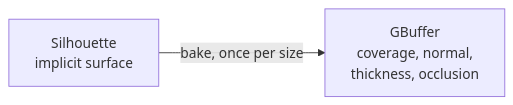
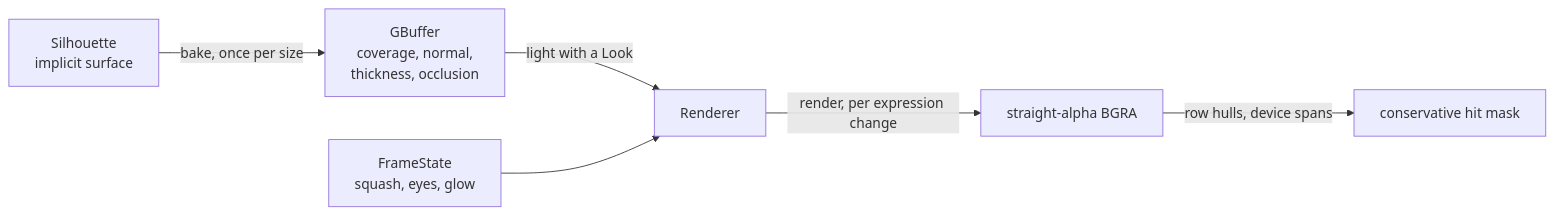
The diagram in docs/development/kumo.md (labcoder/capsula), drawn with Mermaid before and after one commit. The commit also changed other lines of this file and 7 other files, not shown here.

````diff
--- a/docs/development/kumo.md
+++ b/docs/development/kumo.md
@@ -7,4 +7,8 @@
 ```mermaid
 flowchart LR
     S["Silhouette<br/>implicit surface"] -->|"bake, once per size"| G["GBuffer<br/>coverage, normal,<br/>thickness, occlusion"]
+    G -->|"light with a Look"| R["Renderer"]
+    F["FrameState<br/>squash, eyes, glow"] --> R
+    R -->|"render, per expression change"| I["straight-alpha BGRA"]
+    I -->|"row hulls, device spans"| M["conservative hit mask"]
 ```
````
